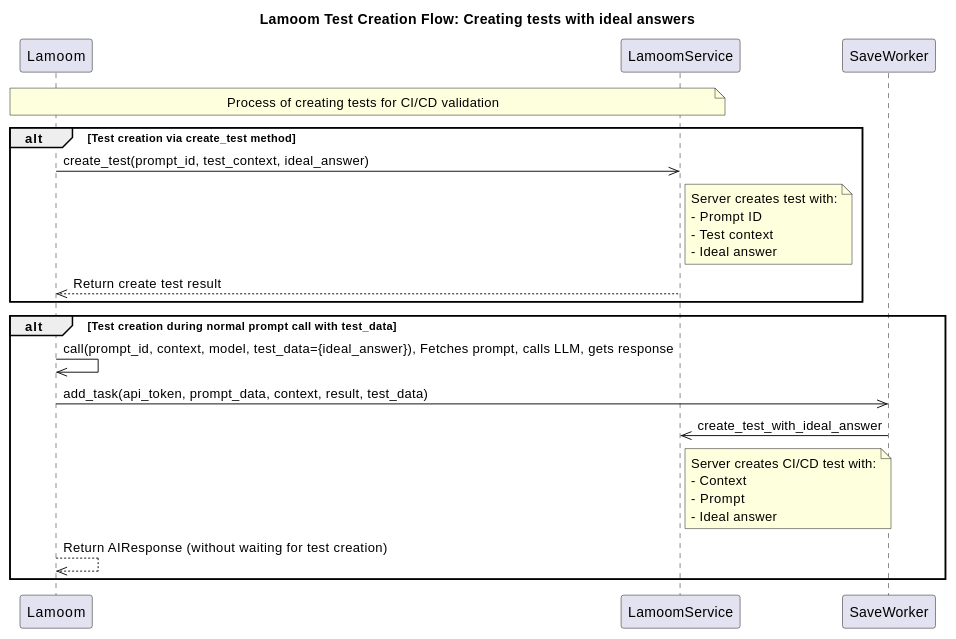
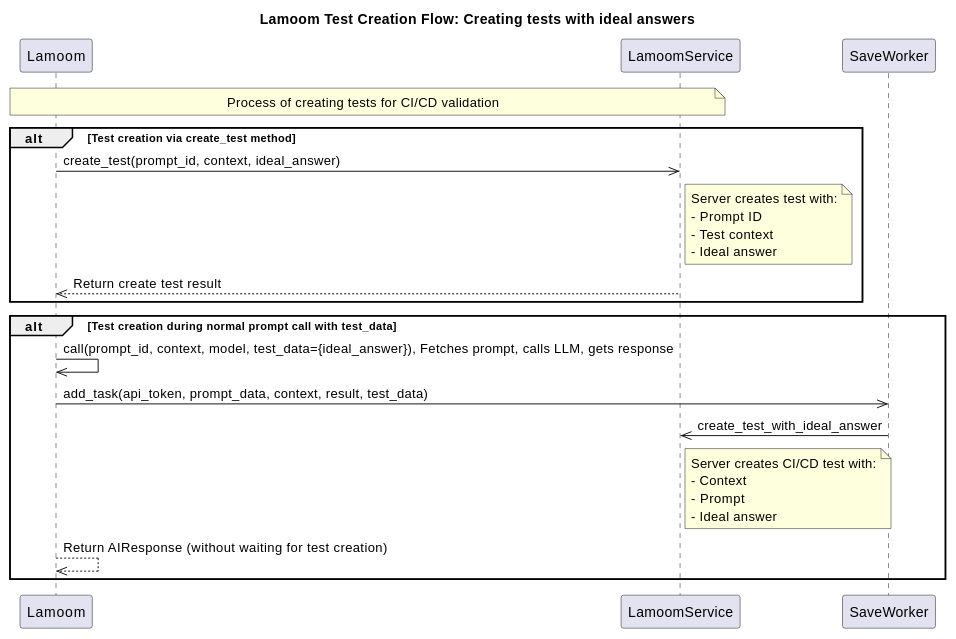
The diagram in docs/sequence_diagrams/test_creation.md (LamoomAI/lamoom-python), drawn with PlantUML before and after one commit. The commit also changed 2 other files, not shown here.

Commit message:
Update create test descr on context instead of test_context (#49)

```diff
--- a/docs/sequence_diagrams/test_creation.md
+++ b/docs/sequence_diagrams/test_creation.md
@@ -1,23 +1,23 @@
 @startuml
 
   title Lamoom Test Creation Flow: Creating tests with ideal answers
 
   note over Lamoom,LamoomService: Process of creating tests for CI/CD validation
 
     alt Test creation via create_test method
-      Lamoom->>LamoomService: create_test(prompt_id, test_context, ideal_answer)
+      Lamoom->>LamoomService: create_test(prompt_id, context, ideal_answer)
       note right of LamoomService: Server creates test with:\n- Prompt ID\n- Test context\n- Ideal answer
 
       LamoomService-->>Lamoom: Return create test result
     end
 
     alt Test creation during normal prompt call with test_data
       Lamoom->>Lamoom: call(prompt_id, context, model, test_data={ideal_answer}),  Fetches prompt, calls LLM, gets response
 
       Lamoom->>SaveWorker: add_task(api_token, prompt_data, context, result, test_data)
       SaveWorker->>LamoomService: create_test_with_ideal_answer
       note right of LamoomService:  Server creates CI/CD test with:\n- Context\n- Prompt\n- Ideal answer
       Lamoom-->>Lamoom: Return AIResponse (without waiting for test creation)
     end
 
   @enduml
```
